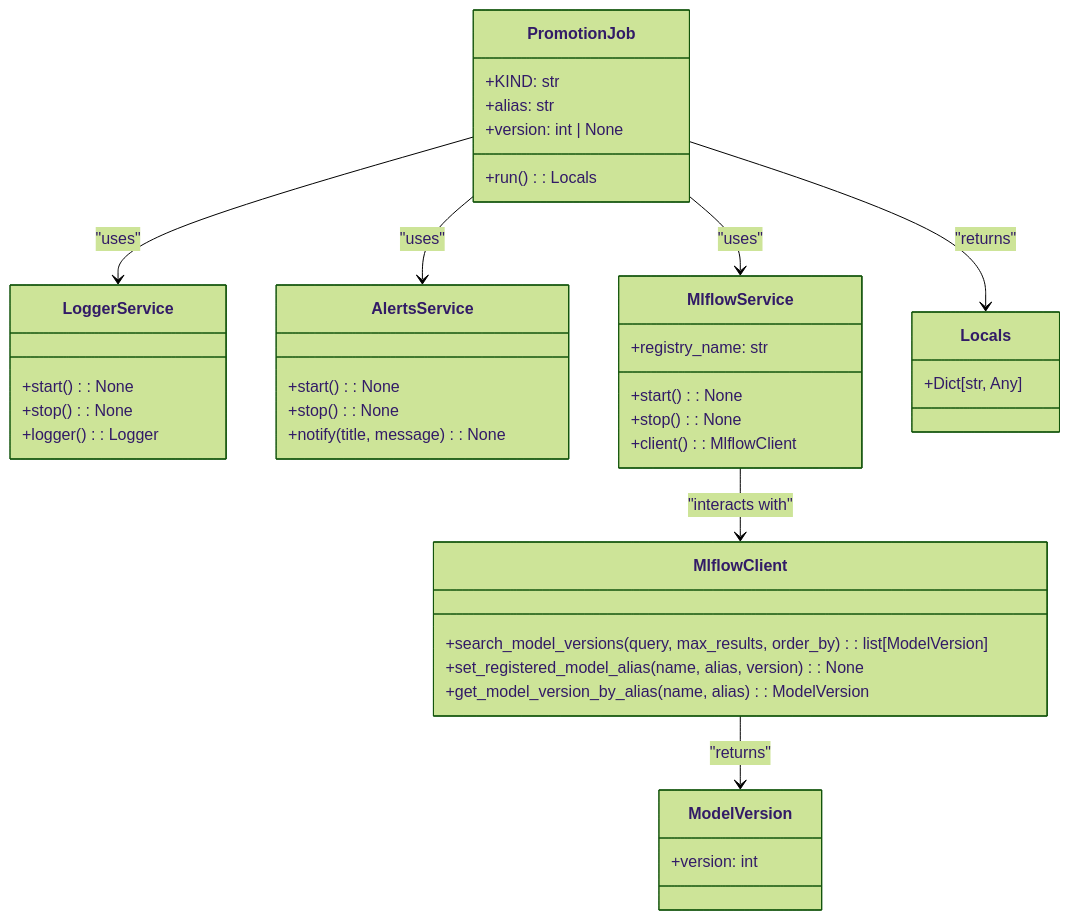
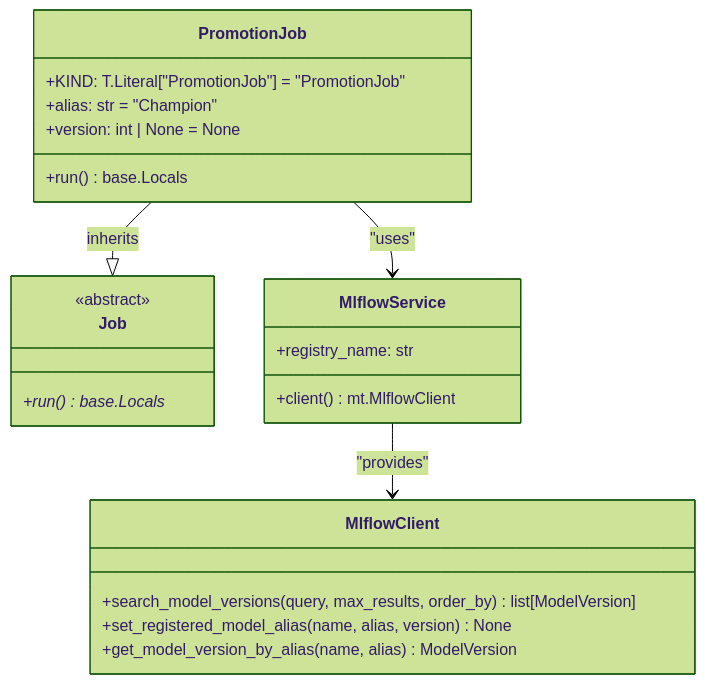
Before and after one commit to lgcorzo/mlops-python-package: the diagram in Documents/Promotions_stories.md, drawn with Mermaid (forest theme). The commit also changed other lines of this file and 21 other files, not shown here.

````diff
--- a/Documents/Promotions_stories.md
+++ b/Documents/Promotions_stories.md
@@ -20,50 +20,29 @@
 ```mermaid
 classDiagram
     class PromotionJob {
-        +KIND: str
-        +alias: str
-        +version: int | None
-        +run() : Locals
+        +KIND: T.Literal["PromotionJob"] = "PromotionJob"
+        +alias: str = "Champion"
+        +version: int | None = None
+        +run() base.Locals
     }
 
-    class LoggerService {
-        +start() : None
-        +stop() : None
-        +logger() : Logger
+    class Job {
+        <<abstract>>
+        +run()* base.Locals
     }
-
-    class AlertsService {
-        +start() : None
-        +stop() : None
-        +notify(title, message) : None
-    }
+    PromotionJob --|> Job : inherits
 
     class MlflowService {
-        +start() : None
-        +stop() : None
-        +client() : MlflowClient
+        +client() mt.MlflowClient
         +registry_name: str
     }
 
     class MlflowClient {
-        +search_model_versions(query, max_results, order_by) : list[ModelVersion]
-        +set_registered_model_alias(name, alias, version) : None
-        +get_model_version_by_alias(name, alias) : ModelVersion
+        +search_model_versions(query, max_results, order_by) list[ModelVersion]
+        +set_registered_model_alias(name, alias, version) None
+        +get_model_version_by_alias(name, alias) ModelVersion
     }
 
-    class ModelVersion {
-        +version: int
-    }
-
-    class Locals {
-        +Dict[str, Any]
-    }
-
-    PromotionJob --> LoggerService : "uses"
-    PromotionJob --> AlertsService : "uses"
     PromotionJob --> MlflowService : "uses"
-    MlflowService --> MlflowClient : "interacts with"
-    MlflowClient --> ModelVersion : "returns"
-    PromotionJob --> Locals : "returns"
-
+    MlflowService --> MlflowClient : "provides"
 ```
````
